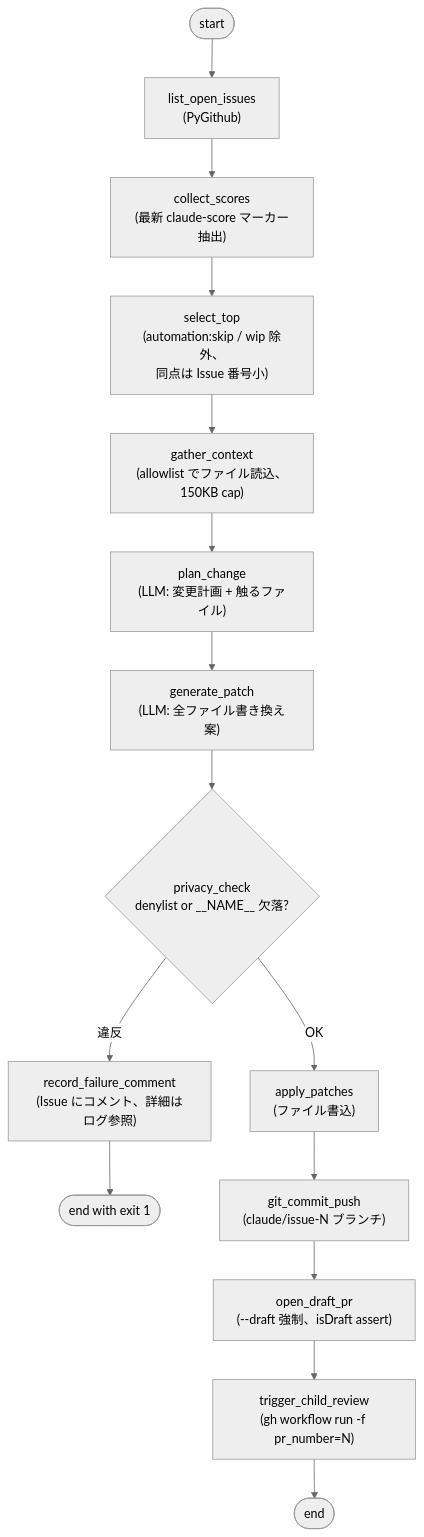
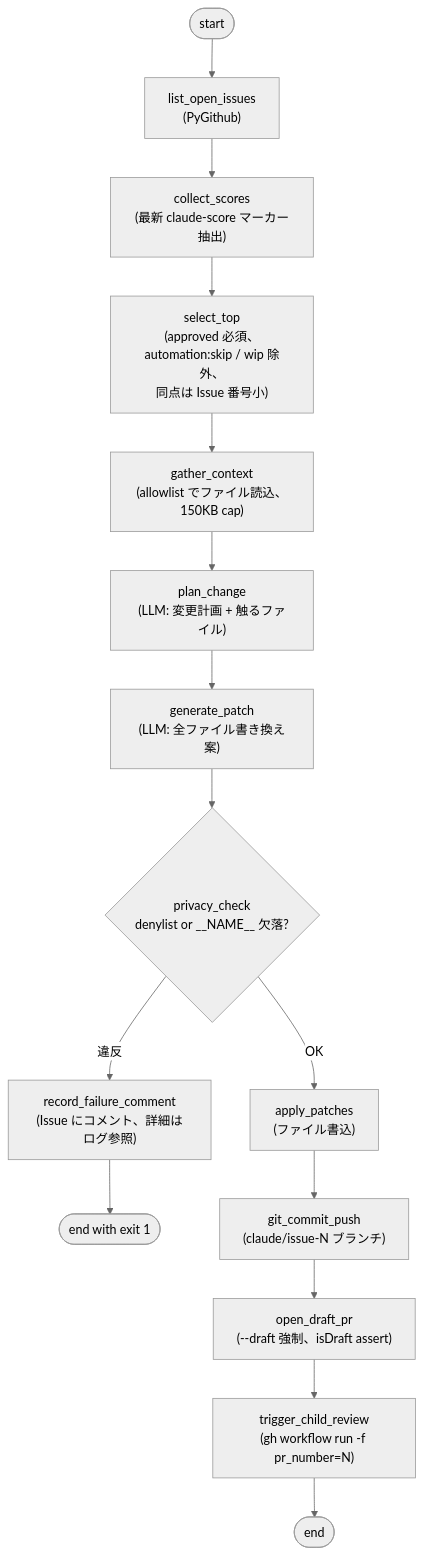
One commit to yk0817/baby-ehon changed the sixth of 12 diagrams in docs/automation/agent-pipeline.md. Above: the diagram before and after it, drawn with Mermaid (neutral theme). The commit also changed other lines of this file and 4 other files, not shown here.

````diff
--- a/docs/automation/agent-pipeline.md
+++ b/docs/automation/agent-pipeline.md
@@ -391,17 +418,17 @@
 ```mermaid
 flowchart TD
     Start([start]) --> List["list_open_issues<br>(PyGithub)"]
     List --> Collect["collect_scores<br>(最新 claude-score マーカー抽出)"]
-    Collect --> Select["select_top<br>(automation:skip / wip 除外、<br>同点は Issue 番号小)"]
+    Collect --> Select["select_top<br>(approved 必須、automation:skip / wip 除外、<br>同点は Issue 番号小)"]
     Select --> Gather["gather_context<br>(allowlist でファイル読込、150KB cap)"]
     Gather --> Plan["plan_change<br>(LLM: 変更計画 + 触るファイル)"]
     Plan --> Generate["generate_patch<br>(LLM: 全ファイル書き換え案)"]
     Generate --> Check{"privacy_check<br>denylist or __NAME__ 欠落?"}
     Check -->|違反| Fail["record_failure_comment<br>(Issue にコメント、詳細はログ参照)"]
     Fail --> End1([end with exit 1])
     Check -->|OK| Apply["apply_patches<br>(ファイル書込)"]
     Apply --> Push["git_commit_push<br>(claude/issue-N ブランチ)"]
     Push --> OpenPR["open_draft_pr<br>(--draft 強制、isDraft assert)"]
     OpenPR --> Trigger["trigger_child_review<br>(gh workflow run -f pr_number=N)"]
     Trigger --> End2([end])
 ```
````
